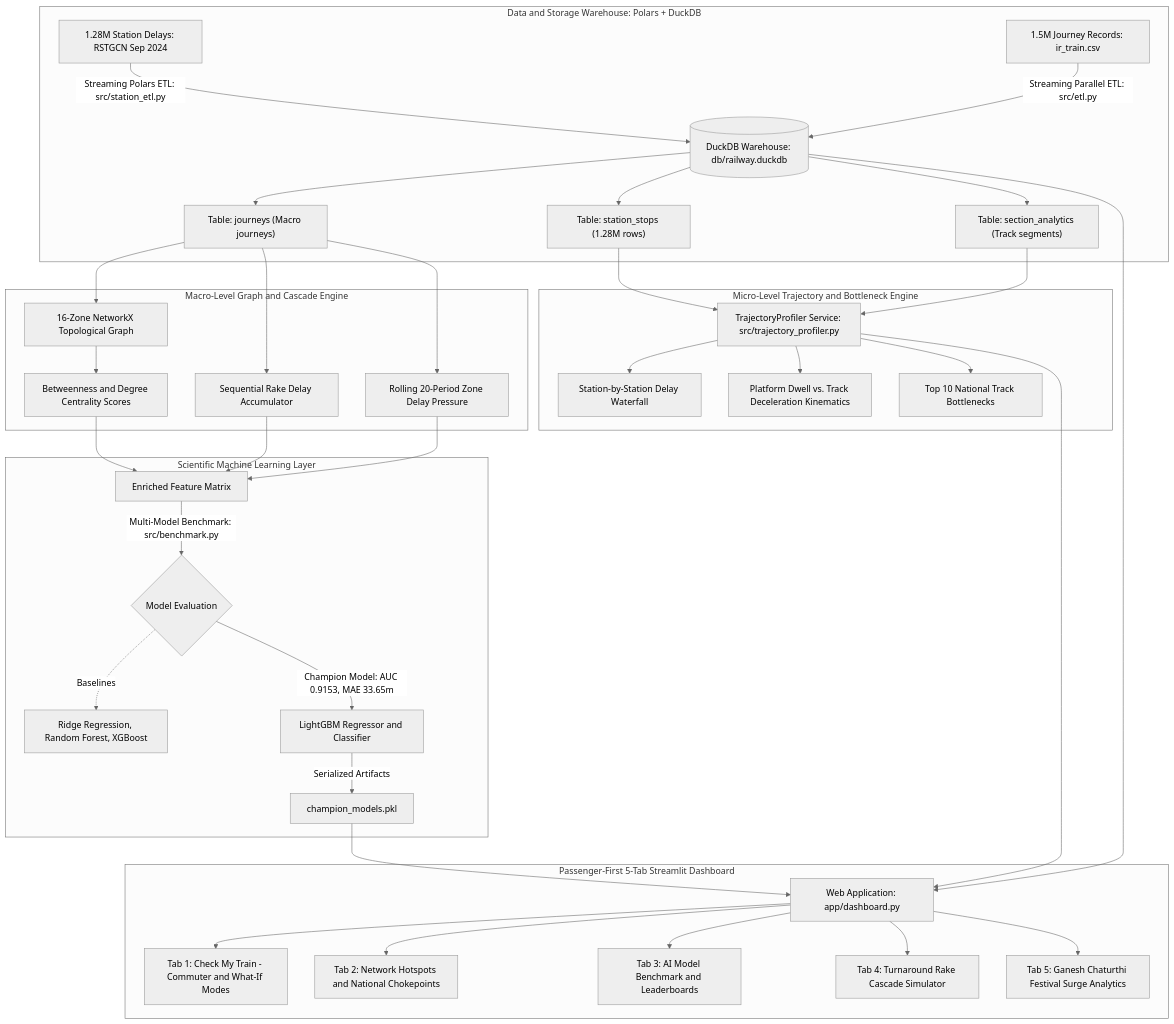
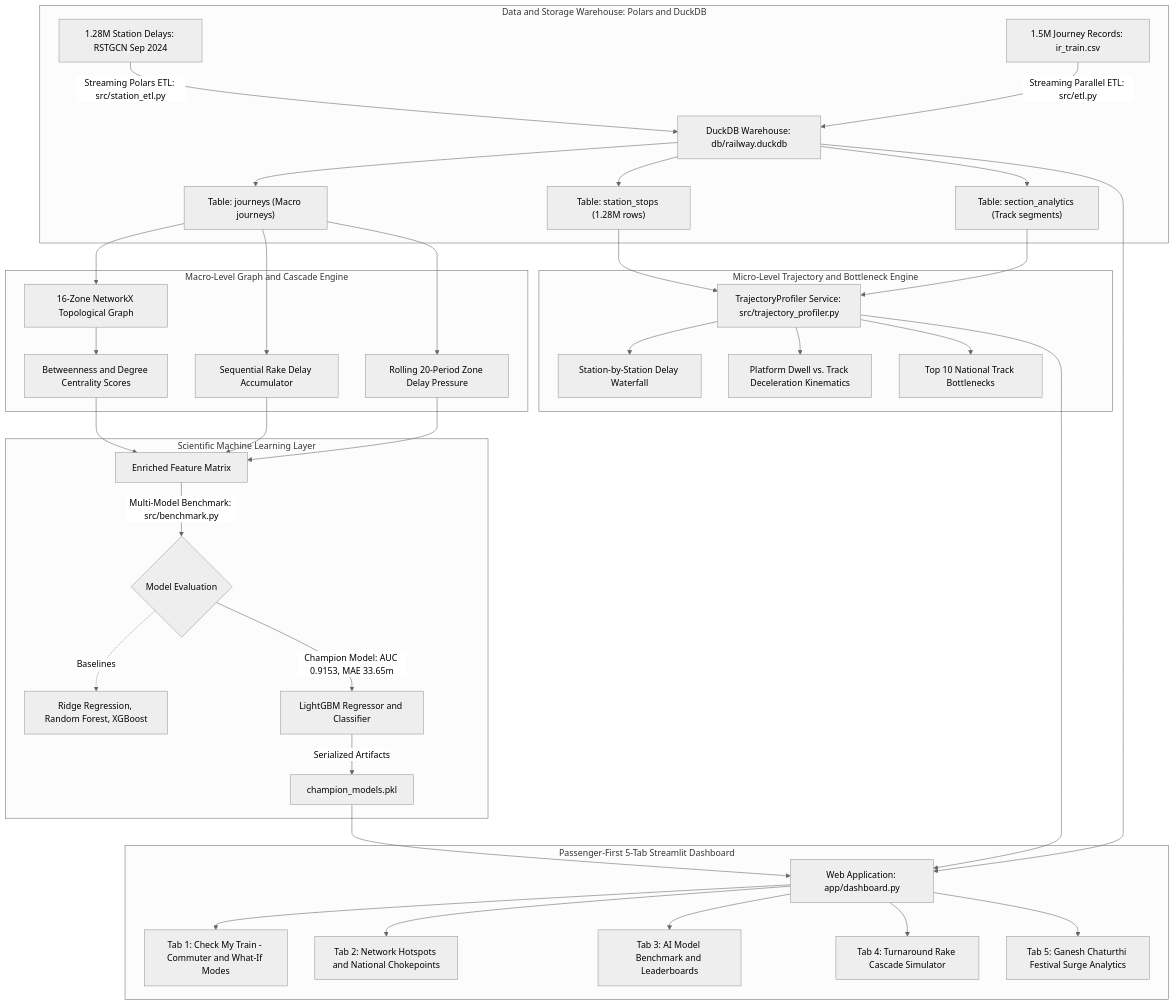
One commit to laluni/Indian-railway-delay-prediction-system changed the first of 2 diagrams in docs/ARCHITECTURE_AND_WORKFLOW.md. Above: the diagram before and after it, drawn with Mermaid (neutral theme). The commit also changed 1 other file, not shown here.

Commit message:
docs: detail station kinematics, delay localization, and recommendation engine across documentation suite

````diff
--- a/docs/ARCHITECTURE_AND_WORKFLOW.md
+++ b/docs/ARCHITECTURE_AND_WORKFLOW.md
@@ -7,41 +7,46 @@
 ```mermaid
 flowchart TD
-    subgraph Data_Layer ["Data and Storage Warehouse: Polars + DuckDB"]
-        A1["1.28M Station Delays: RSTGCN Sep 2024"] -->|Streaming Polars ETL: src/station_etl.py| B[("DuckDB Warehouse: db/railway.duckdb")]
+    subgraph Data_Layer ["Data and Storage Warehouse: Polars and DuckDB"]
+        A1["1.28M Station Delays: RSTGCN Sep 2024"] -->|Streaming Polars ETL: src/station_etl.py| B["DuckDB Warehouse: db/railway.duckdb"]
         A2["1.5M Journey Records: ir_train.csv"] -->|Streaming Parallel ETL: src/etl.py| B
         B --> C1["Table: station_stops (1.28M rows)"]
         B --> C2["Table: section_analytics (Track segments)"]
         B --> C3["Table: journeys (Macro journeys)"]
     end
 
     subgraph Kinematics_Engine ["Micro-Level Trajectory and Bottleneck Engine"]
-        C1 & C2 --> D1["TrajectoryProfiler Service: src/trajectory_profiler.py"]
+        C1 --> D1["TrajectoryProfiler Service: src/trajectory_profiler.py"]
+        C2 --> D1
         D1 --> E1["Station-by-Station Delay Waterfall"]
         D1 --> E2["Platform Dwell vs. Track Deceleration Kinematics"]
         D1 --> E3["Top 10 National Track Bottlenecks"]
     end
 
     subgraph Feature_Engineering ["Macro-Level Graph and Cascade Engine"]
         C3 --> F1["16-Zone NetworkX Topological Graph"]
         F1 --> F2["Betweenness and Degree Centrality Scores"]
         C3 --> F3["Sequential Rake Delay Accumulator"]
         C3 --> F4["Rolling 20-Period Zone Delay Pressure"]
     end
 
     subgraph AI_Modeling ["Scientific Machine Learning Layer"]
-        F2 & F3 & F4 --> G["Enriched Feature Matrix"]
+        F2 --> G["Enriched Feature Matrix"]
+        F3 --> G
+        F4 --> G
         G -->|Multi-Model Benchmark: src/benchmark.py| H{"Model Evaluation"}
         H -.->|Baselines| I["Ridge Regression, Random Forest, XGBoost"]
         H -->|Champion Model: AUC 0.9153, MAE 33.65m| J["LightGBM Regressor and Classifier"]
         J -->|Serialized Artifacts| K["champion_models.pkl"]
     end
 
     subgraph Presentation ["Passenger-First 5-Tab Streamlit Dashboard"]
-        K & D1 & B --> L["Web Application: app/dashboard.py"]
+        K --> L["Web Application: app/dashboard.py"]
+        D1 --> L
+        B --> L
         L --> M1["Tab 1: Check My Train - Commuter and What-If Modes"]
         L --> M2["Tab 2: Network Hotspots and National Chokepoints"]
         L --> M3["Tab 3: AI Model Benchmark and Leaderboards"]
         L --> M4["Tab 4: Turnaround Rake Cascade Simulator"]
         L --> M5["Tab 5: Ganesh Chaturthi Festival Surge Analytics"]
     end
 ```
````
